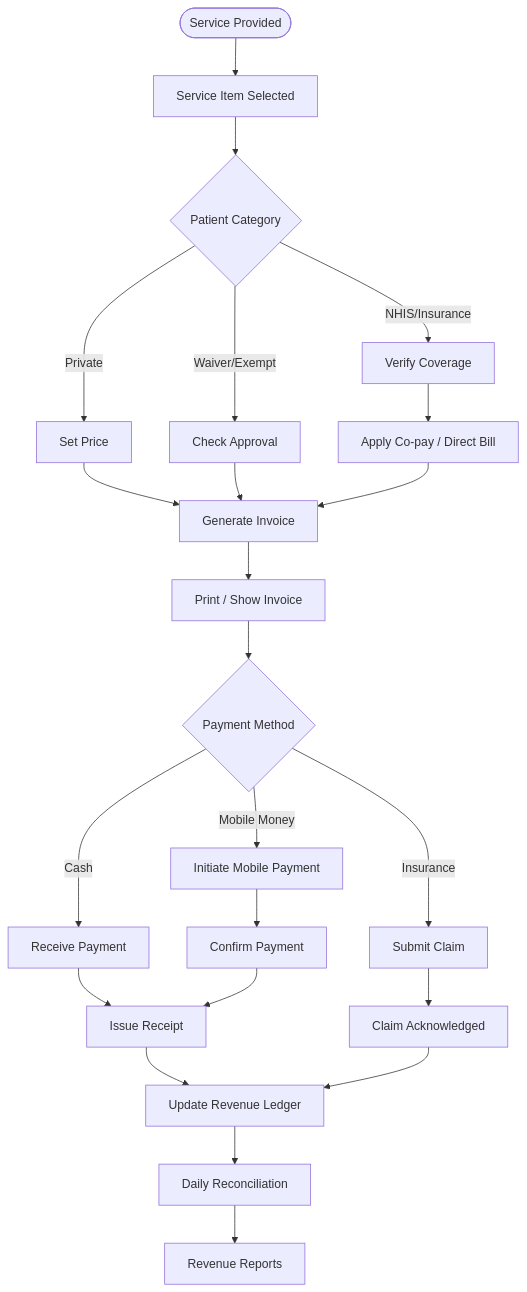
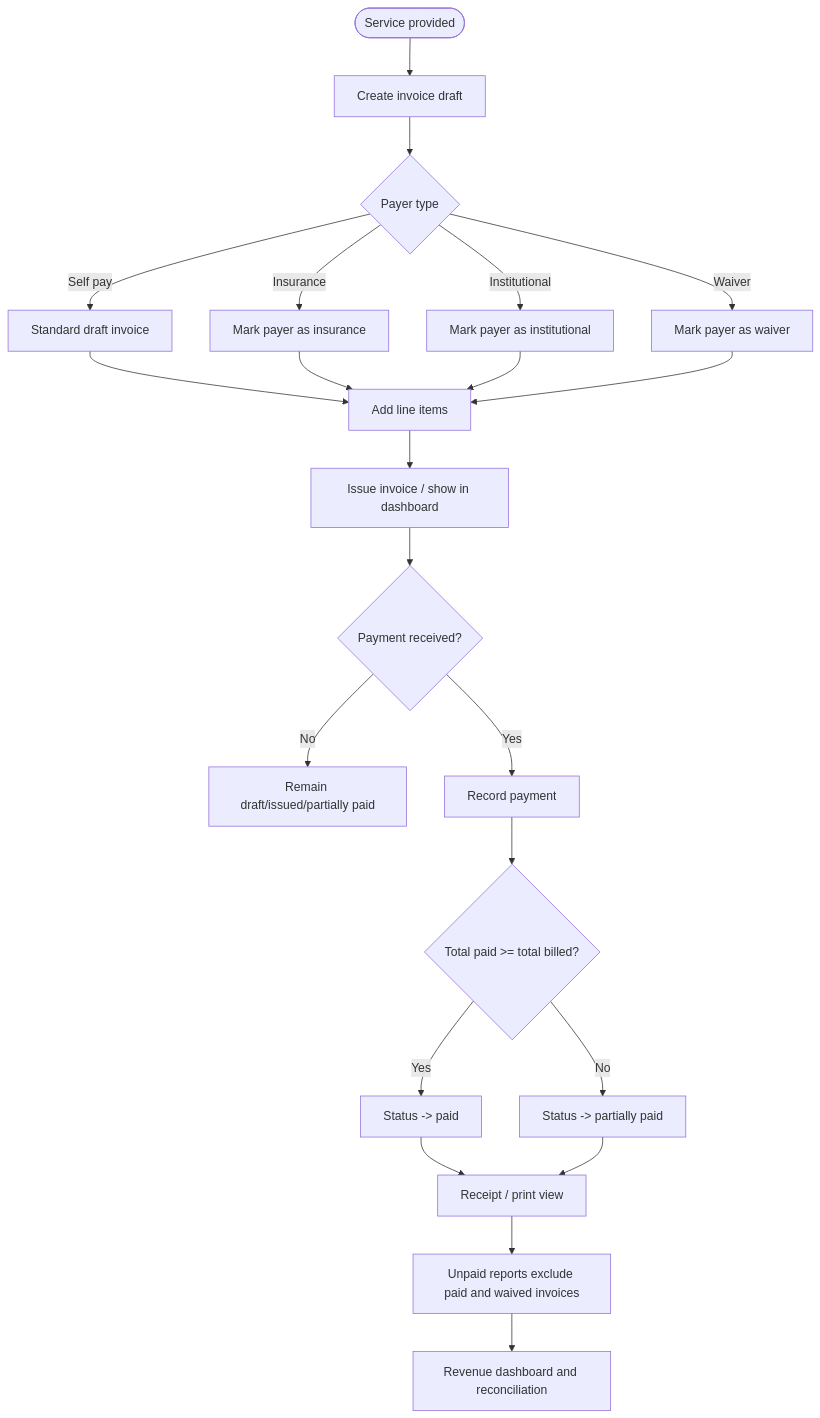
One commit to JosephMponda/GrandGaze changed the diagram in docs/workflows/07-billing-workflow.md. Above: the diagram before and after it, drawn with Mermaid. The commit also changed 6 other files, not shown here.

Commit message:
Update workflow diagrams to match current app

````diff
--- a/docs/workflows/07-billing-workflow.md
+++ b/docs/workflows/07-billing-workflow.md
@@ -3,25 +3,24 @@
 ```mermaid
 flowchart TD
-    A([Service Provided]) --> B[Service Item Selected]
-    B --> C{Patient Category}
-    C -->|Private| D[Set Price]
-    C -->|NHIS/Insurance| E[Verify Coverage]
-    C -->|Waiver/Exempt| F[Check Approval]
-    E --> G[Apply Co-pay / Direct Bill]
-    D --> H[Generate Invoice]
+    A([Service provided]) --> B[Create invoice draft]
+    B --> C{Payer type}
+    C -->|Self pay| D[Standard draft invoice]
+    C -->|Insurance| E[Mark payer as insurance]
+    C -->|Institutional| F[Mark payer as institutional]
+    C -->|Waiver| G[Mark payer as waiver]
+    D --> H[Add line items]
+    E --> H
     F --> H
     G --> H
-    H --> I[Print / Show Invoice]
-    I --> J{Payment Method}
-    J -->|Cash| K[Receive Payment]
-    J -->|Mobile Money| L[Initiate Mobile Payment]
-    J -->|Insurance| M[Submit Claim]
-    L --> N[Confirm Payment]
-    K --> O[Issue Receipt]
-    N --> O
-    M --> P[Claim Acknowledged]
-    O --> Q[Update Revenue Ledger]
-    P --> Q
-    Q --> R[Daily Reconciliation]
-    R --> S[Revenue Reports]
+    H --> I[Issue invoice / show in dashboard]
+    I --> J{Payment received?}
+    J -->|No| K[Remain draft/issued/partially paid]
+    J -->|Yes| L[Record payment]
+    L --> M{Total paid >= total billed?}
+    M -->|Yes| N[Status -> paid]
+    M -->|No| O[Status -> partially paid]
+    N --> P[Receipt / print view]
+    O --> P
+    P --> Q[Unpaid reports exclude paid and waived invoices]
+    Q --> R[Revenue dashboard and reconciliation]
 ```
````
